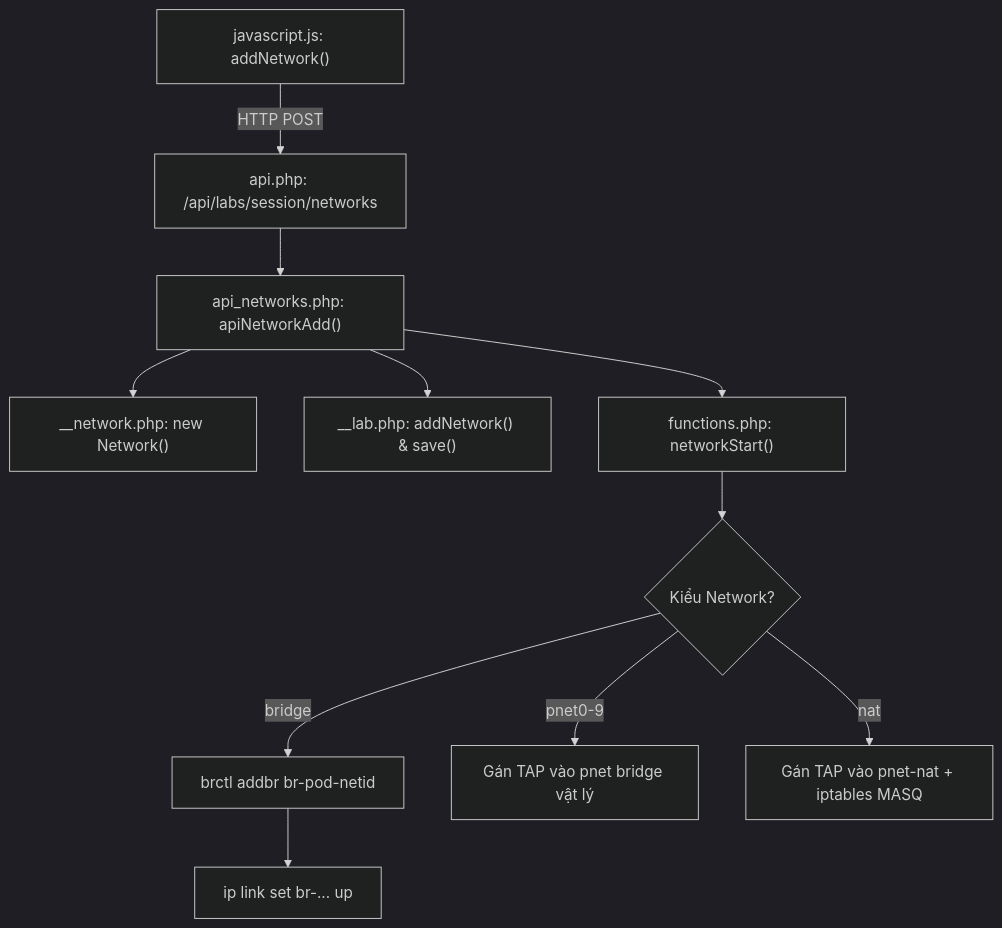
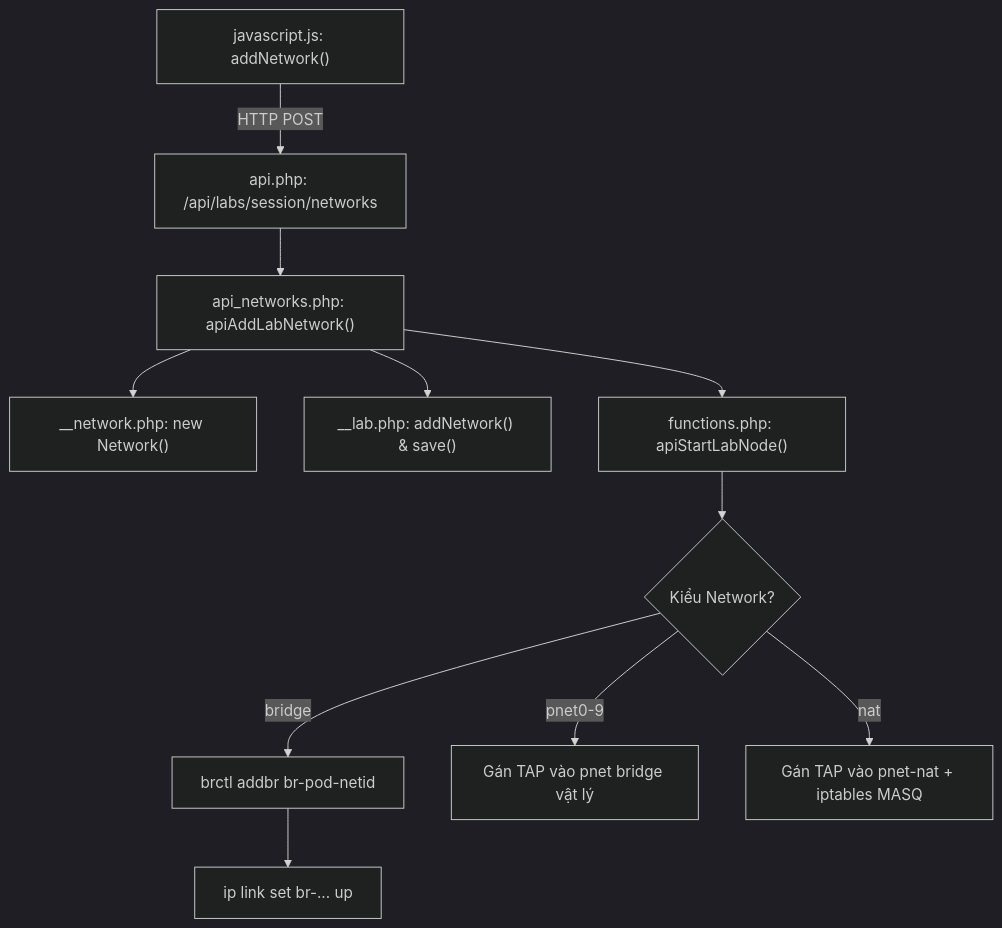
One commit to Luuxinhxinh/pnet-v8 changed the diagram in docs/03-diagrams/f08-network-bridge-cloud-callgraph.md. Above: the diagram before and after it, drawn with Mermaid (dark theme). The commit also changed 39 other files, not shown here.

````diff
--- a/docs/03-diagrams/f08-network-bridge-cloud-callgraph.md
+++ b/docs/03-diagrams/f08-network-bridge-cloud-callgraph.md
@@ -9,13 +9,13 @@
 ```mermaid
 graph TD
     UI["javascript.js: addNetwork()"] -->|HTTP POST| API["api.php: /api/labs/session/networks"]
-    API --> CONTROLLER["api_networks.php: apiNetworkAdd()"]
+    API --> CONTROLLER["api_networks.php: apiAddLabNetwork()"]
     CONTROLLER --> MODEL["__network.php: new Network()"]
     CONTROLLER --> SAVE_XML["__lab.php: addNetwork() & save()"]
-    CONTROLLER --> KERNEL_INIT["functions.php: networkStart()"]
+    CONTROLLER --> KERNEL_INIT["functions.php: apiStartLabNode()"]
     KERNEL_INIT --> TYPE_CHECK{"Kiểu Network?"}
     TYPE_CHECK -- bridge --> CREATE_BR["brctl addbr br-pod-netid"]
     TYPE_CHECK -- pnet0-9 --> ATTACH_PNET["Gán TAP vào pnet bridge vật lý"]
     TYPE_CHECK -- nat --> ATTACH_NAT["Gán TAP vào pnet-nat + iptables MASQ"]
     CREATE_BR --> SET_UP["ip link set br-... up"]
 ```
````
